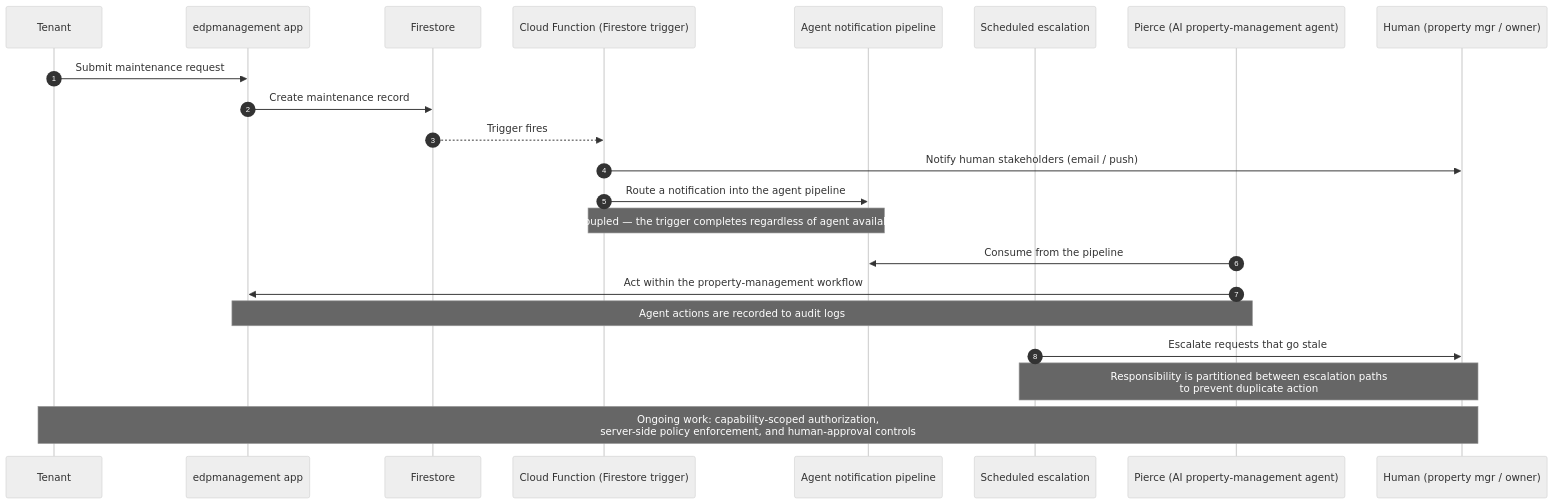
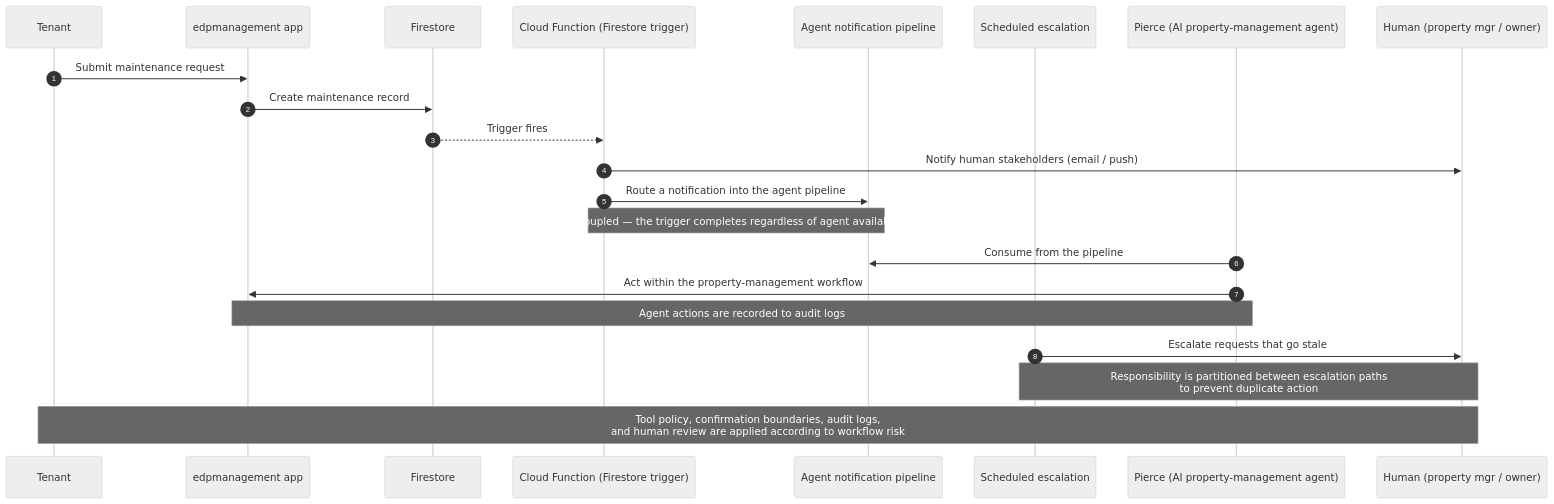
The diagram in diagrams/agent-event-flow.mmd (andrewbowlds/edpapp-public), drawn with Mermaid (neutral theme) before and after one commit. The commit also changed 10 other files, not shown here.

```diff
--- a/diagrams/agent-event-flow.mmd
+++ b/diagrams/agent-event-flow.mmd
@@ -1,28 +1,28 @@
 %% AI-agent event flow — maintenance request example
 %% Sanitized: no real data, no operational internals (intervals, thresholds, or endpoint detail).
 sequenceDiagram
     autonumber
     participant T as Tenant
     participant App as edpmanagement app
     participant FS as Firestore
     participant CF as Cloud Function (Firestore trigger)
     participant Q as Agent notification pipeline
     participant Sched as Scheduled escalation
     participant P as Pierce (AI property-management agent)
     participant H as Human (property mgr / owner)
 
     T->>App: Submit maintenance request
     App->>FS: Create maintenance record
     FS-->>CF: Trigger fires
     CF->>H: Notify human stakeholders (email / push)
     CF->>Q: Route a notification into the agent pipeline
     Note over CF,Q: Decoupled — the trigger completes regardless of agent availability
 
     P->>Q: Consume from the pipeline
     P->>App: Act within the property-management workflow
     Note over P,App: Agent actions are recorded to audit logs
 
     Sched->>H: Escalate requests that go stale
     Note over Sched,H: Responsibility is partitioned between escalation paths<br/>to prevent duplicate action
 
-    Note over T,H: Ongoing work: capability-scoped authorization,<br/>server-side policy enforcement, and human-approval controls
+    Note over T,H: Tool policy, confirmation boundaries, audit logs,<br/>and human review are applied according to workflow risk
```
